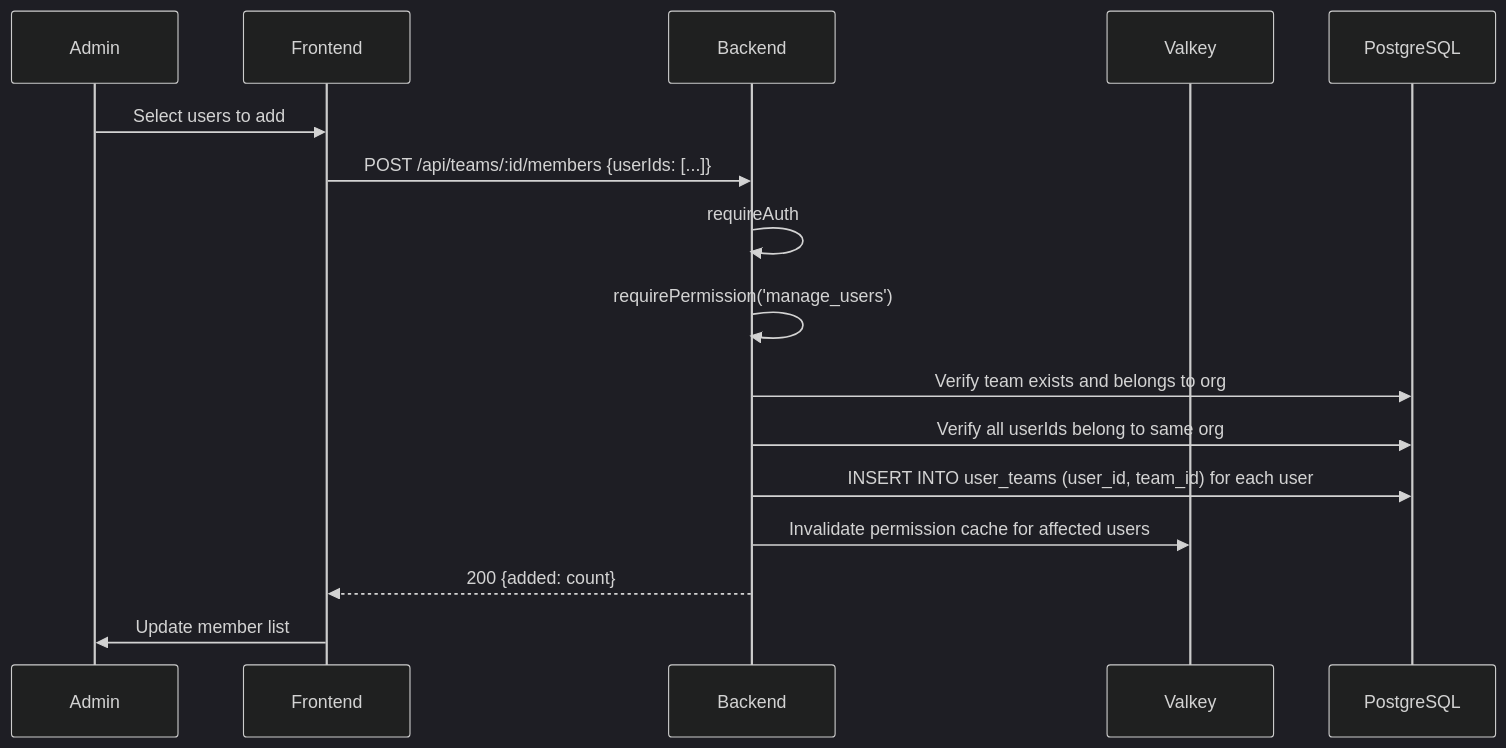
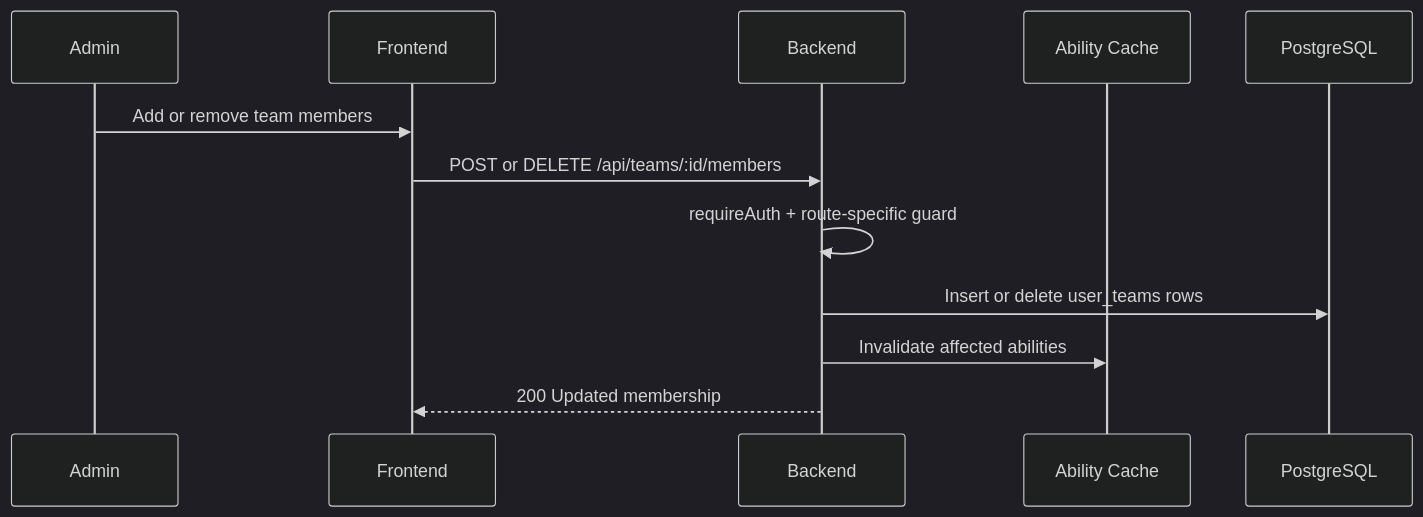
One commit to b-knowledge-solution/b-knowledge changed the third of 5 diagrams in docs/detail-design/user-team/team-management-detail.md. Above: the diagram before and after it, drawn with Mermaid (dark theme). The commit also changed other lines of this file and 2 other files, not shown here.

First line of the commit message:
docs(09-04): rewrite user and team permission flows

````diff
--- a/docs/detail-design/user-team/team-management-detail.md
+++ b/docs/detail-design/user-team/team-management-detail.md
@@ -49,22 +54,15 @@
 ```mermaid
 sequenceDiagram
     participant Admin
-    participant Frontend
-    participant Backend
-    participant Valkey
+    participant FE as Frontend
+    participant BE as Backend
+    participant Cache as Ability Cache
     participant DB as PostgreSQL
 
-    Admin->>Frontend: Select users to add
-    Frontend->>Backend: POST /api/teams/:id/members {userIds: [...]}
-
-    Backend->>Backend: requireAuth
-    Backend->>Backend: requirePermission('manage_users')
-
-    Backend->>DB: Verify team exists and belongs to org
-    Backend->>DB: Verify all userIds belong to same org
-    Backend->>DB: INSERT INTO user_teams (user_id, team_id) for each user
-
-    Backend->>Valkey: Invalidate permission cache for affected users
-    Backend-->>Frontend: 200 {added: count}
-    Frontend->>Admin: Update member list
+    Admin->>FE: Add or remove team members
+    FE->>BE: POST or DELETE /api/teams/:id/members
+    BE->>BE: requireAuth + route-specific guard
+    BE->>DB: Insert or delete user_teams rows
+    BE->>Cache: Invalidate affected abilities
+    BE-->>FE: 200 Updated membership
 ```
````
